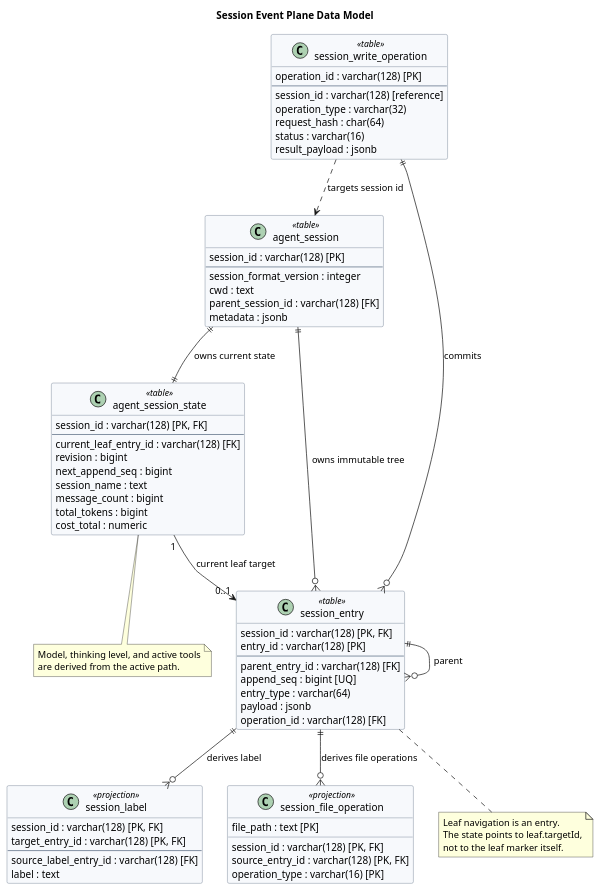
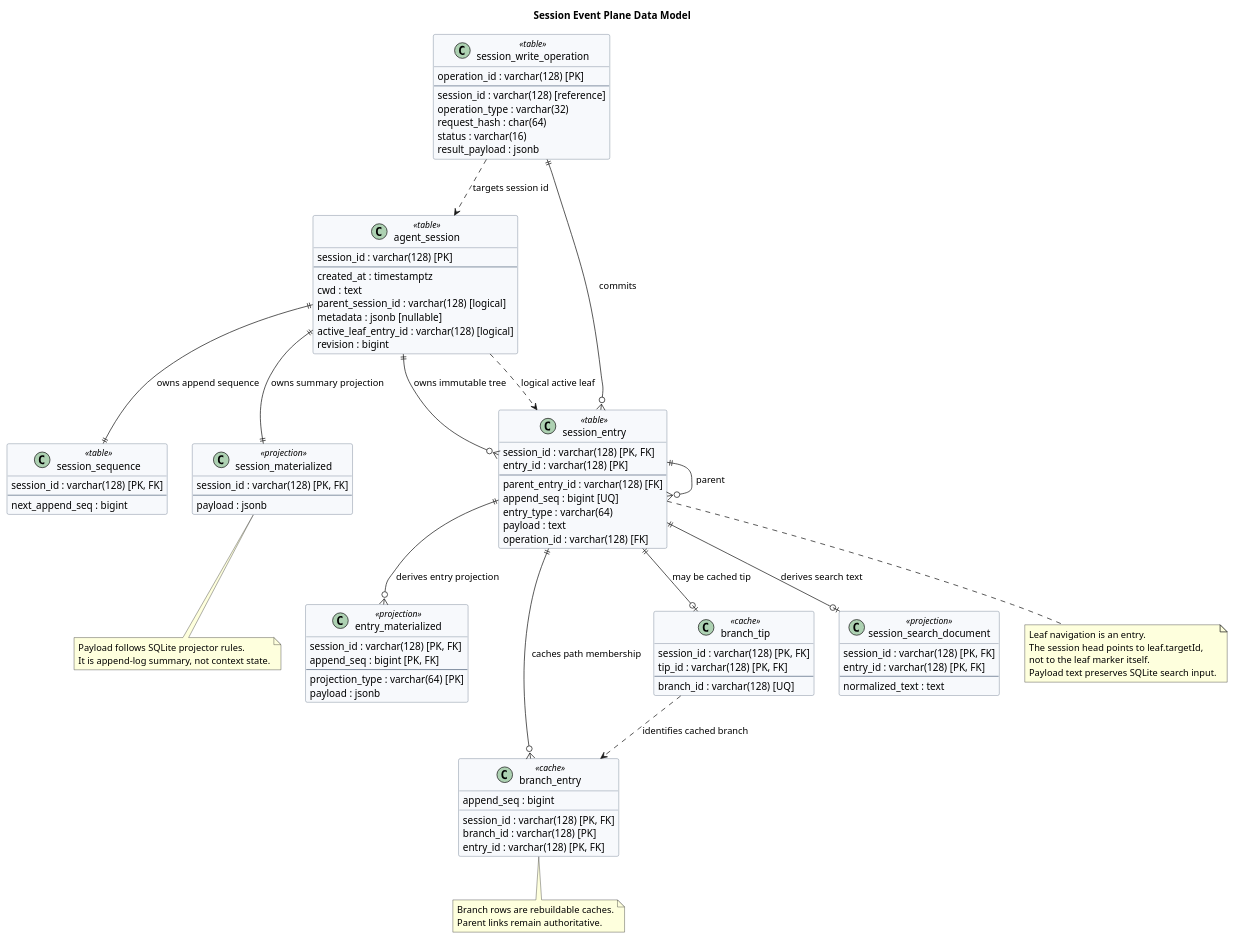
One commit to superheromeZzh/pi-mono-java-design changed the third of 4 diagrams in diagrams/memory/diagram.puml. Above: the diagram before and after it, drawn with PlantUML. The commit also changed other lines of this file and 5 other files, not shown here.

Commit message:
docs(memory): align GaussDB design with SQLite

```diff
--- a/diagrams/memory/diagram.puml
+++ b/diagrams/memory/diagram.puml
@@ -120,98 +135,129 @@
 @startuml memory-data-model
 title Session Event Plane Data Model
 top to bottom direction
 
 skinparam backgroundColor #FFFFFF
 skinparam shadowing false
 skinparam classAttributeIconSize 0
 skinparam classBorderColor #53657D
 skinparam classBackgroundColor #F7F9FC
 
 ' Source evidence:
-' - badlogic/pi-mono@fc85bdd88be93b1e9a6b6bcfa41c684282ec79cc
+' - badlogic/pi-mono@f0deb8dd8e9611e89b5bc4145ca92c03ae6ed4ee
 ' - packages/agent/src/harness/types.ts: SessionTreeEntry and SessionStorage
-' - packages/storage/sqlite-node/src/sqlite/migrations/001_initial.sql
+' - packages/storage/sqlite-node/src/sqlite/migrations/001_initial.sql and 002_branch_tips.sql
 ' - packages/storage/sqlite-node/src/sqlite/storage/index.ts: appendEntry
+' - packages/storage/sqlite-node/src/sqlite/storage/branch-cache.ts: CachedBranch and appendEntryToBranchCache
+' - packages/storage/sqlite-node/src/sqlite/search-backend.ts: ensureSearchSchema
 ' Observed behavior: pi stores an immutable entry tree plus current leaf state.
 ' Design reason: separate stable session headers, mutable state, facts, and projections.
 ' Java divergence: foreign keys, revisions, and write operations are target-only.
-' Architecture change: recursive CTE replaces SQLite branch path materialization.
+' Observed behavior: SQLite branch tables are derived caches, and canonical parent links remain authoritative.
+' Design reason: preserve SQLite branch-query behavior while allowing recursive cache repair.
+' Design reason: retain entry payload text because SQLite FTS indexes the original payload column.
+' Architecture change: a normalized search projection replaces SQLite FTS5 virtual and shadow tables.
 
 class "agent_session" as agent_session <<table>> {
   session_id : varchar(128) [PK]
   --
-  session_format_version : integer
+  created_at : timestamptz
   cwd : text
-  parent_session_id : varchar(128) [FK]
-  metadata : jsonb
+  parent_session_id : varchar(128) [logical]
+  metadata : jsonb [nullable]
+  active_leaf_entry_id : varchar(128) [logical]
+  revision : bigint
 }
 
-class "agent_session_state" as session_state <<table>> {
+class "session_sequence" as session_sequence <<table>> {
   session_id : varchar(128) [PK, FK]
   --
-  current_leaf_entry_id : varchar(128) [FK]
-  revision : bigint
   next_append_seq : bigint
-  session_name : text
-  message_count : bigint
-  total_tokens : bigint
-  cost_total : numeric
+}
+
+class "session_materialized" as session_materialized <<projection>> {
+  session_id : varchar(128) [PK, FK]
+  --
+  payload : jsonb
 }
 
 class "session_entry" as session_entry <<table>> {
   session_id : varchar(128) [PK, FK]
   entry_id : varchar(128) [PK]
   --
   parent_entry_id : varchar(128) [FK]
   append_seq : bigint [UQ]
   entry_type : varchar(64)
-  payload : jsonb
+  payload : text
   operation_id : varchar(128) [FK]
 }
 
 class "session_write_operation" as write_operation <<table>> {
   operation_id : varchar(128) [PK]
   --
   session_id : varchar(128) [reference]
   operation_type : varchar(32)
   request_hash : char(64)
   status : varchar(16)
   result_payload : jsonb
 }
 
-class "session_label" as session_label <<projection>> {
+class "entry_materialized" as entry_materialized <<projection>> {
   session_id : varchar(128) [PK, FK]
-  target_entry_id : varchar(128) [PK, FK]
+  append_seq : bigint [PK, FK]
   --
-  source_label_entry_id : varchar(128) [FK]
-  label : text
+  projection_type : varchar(64) [PK]
+  payload : jsonb
 }
 
-class "session_file_operation" as file_operation <<projection>> {
+class "branch_entry" as branch_entry <<cache>> {
   session_id : varchar(128) [PK, FK]
-  source_entry_id : varchar(128) [PK, FK]
-  operation_type : varchar(16) [PK]
-  file_path : text [PK]
+  branch_id : varchar(128) [PK]
+  entry_id : varchar(128) [PK, FK]
+  append_seq : bigint
 }
 
-agent_session ||--|| session_state : owns current state
+class "branch_tip" as branch_tip <<cache>> {
+  session_id : varchar(128) [PK, FK]
+  tip_id : varchar(128) [PK, FK]
+  --
+  branch_id : varchar(128) [UQ]
+}
+
+class "session_search_document" as search_document <<projection>> {
+  session_id : varchar(128) [PK, FK]
+  entry_id : varchar(128) [PK, FK]
+  --
+  normalized_text : text
+}
+
+agent_session ||--|| session_sequence : owns append sequence
+agent_session ||--|| session_materialized : owns summary projection
 agent_session ||--o{ session_entry : owns immutable tree
 write_operation ..> agent_session : targets session id
 session_entry ||--o{ session_entry : parent
 write_operation ||--o{ session_entry : commits
-session_entry ||--o{ session_label : derives label
-session_entry ||--o{ file_operation : derives file operations
-session_state "1" --> "0..1" session_entry : current leaf target
+session_entry ||--o{ entry_materialized : derives entry projection
+session_entry ||--o{ branch_entry : caches path membership
+session_entry ||--o| branch_tip : may be cached tip
+session_entry ||--o| search_document : derives search text
+branch_tip ..> branch_entry : identifies cached branch
+agent_session ..> session_entry : logical active leaf
 
 note bottom of session_entry
 Leaf navigation is an entry.
-The state points to leaf.targetId,
+The session head points to leaf.targetId,
 not to the leaf marker itself.
+Payload text preserves SQLite search input.
 end note
 
-note bottom of session_state
-Model, thinking level, and active tools
-are derived from the active path.
+note bottom of branch_entry
+Branch rows are rebuildable caches.
+Parent links remain authoritative.
+end note
+
+note bottom of session_materialized
+Payload follows SQLite projector rules.
+It is append-log summary, not context state.
 end note
 
 @enduml
```
